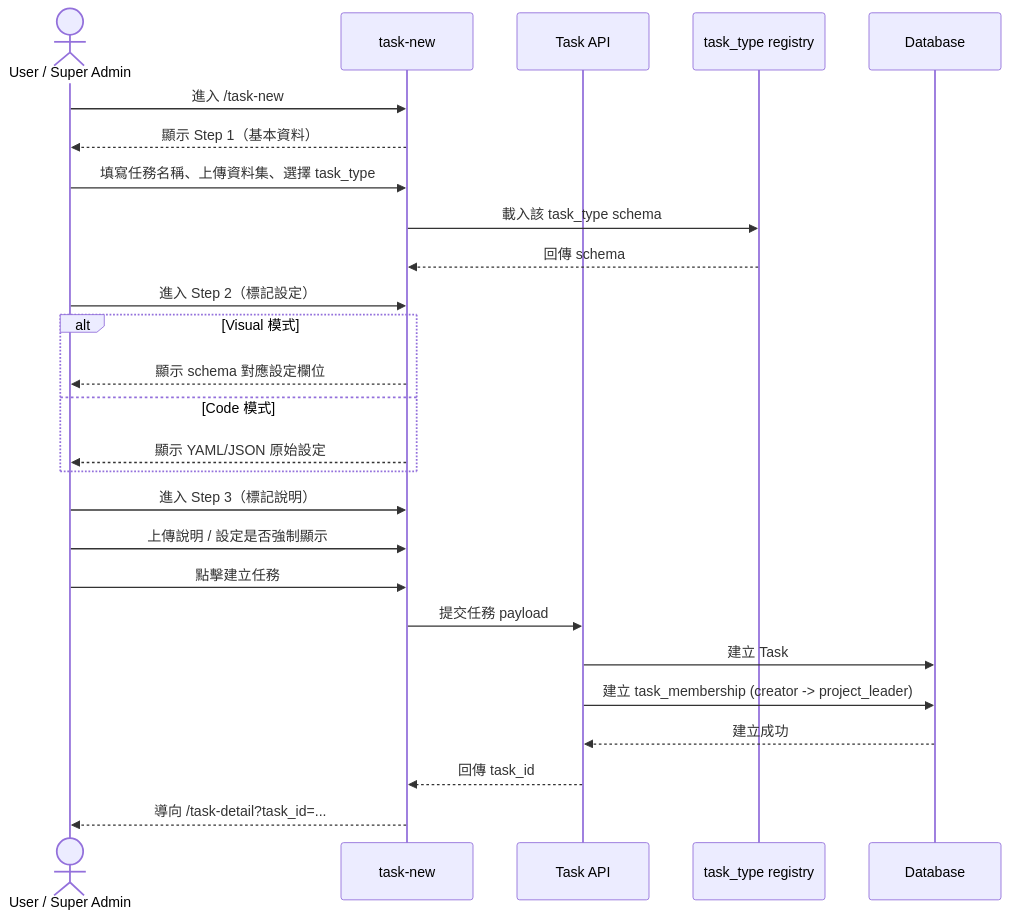
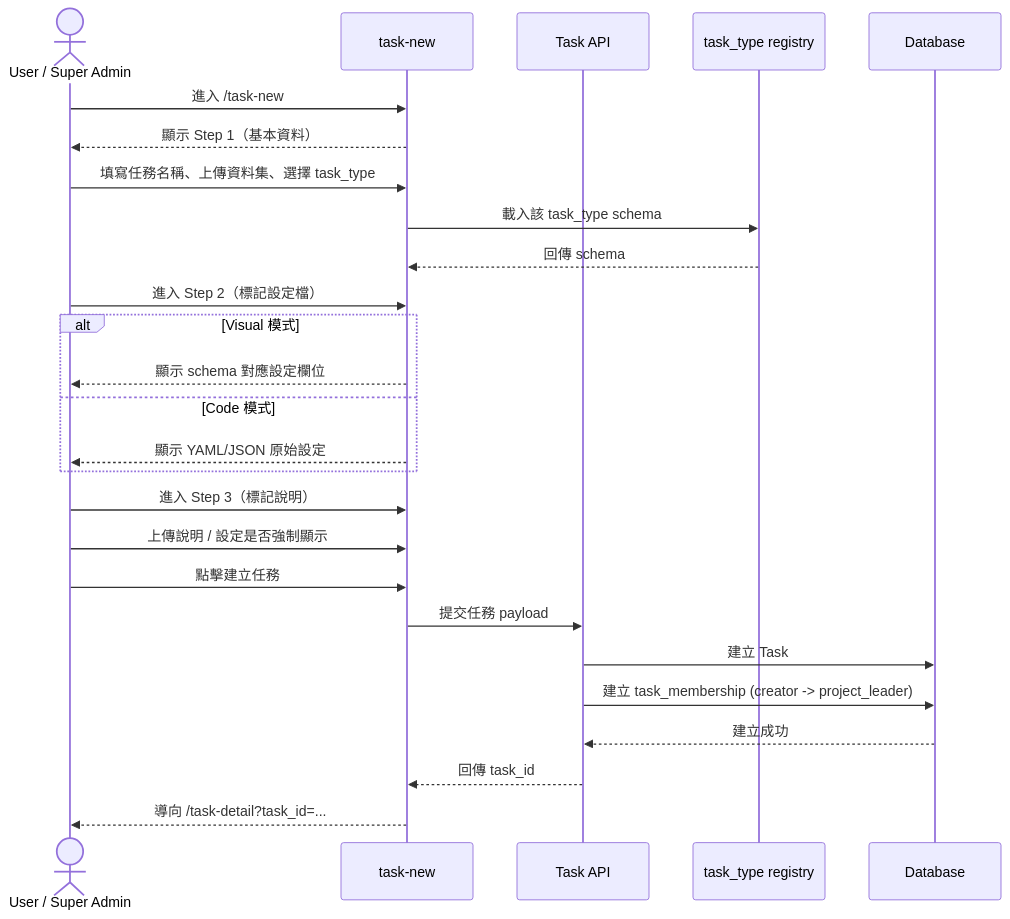
One commit to singyichen/label-suite changed the first of 2 diagrams in specs/task-management/013-task-new/spec.md. Above: the diagram before and after it, drawn with Mermaid. The commit also changed other lines of this file and 2 other files, not shown here.

````diff
--- a/specs/task-management/013-task-new/spec.md
+++ b/specs/task-management/013-task-new/spec.md
@@ -29,33 +29,33 @@
 ```mermaid
 sequenceDiagram
     actor U as User / Super Admin
     participant UI as task-new
     participant API as Task API
     participant Registry as task_type registry
     participant DB as Database
 
     U->>UI: 進入 /task-new
     UI-->>U: 顯示 Step 1（基本資料）
 
     U->>UI: 填寫任務名稱、上傳資料集、選擇 task_type
     UI->>Registry: 載入該 task_type schema
     Registry-->>UI: 回傳 schema
 
-    U->>UI: 進入 Step 2（標記設定）
+    U->>UI: 進入 Step 2（標記設定檔）
     alt Visual 模式
         UI-->>U: 顯示 schema 對應設定欄位
     else Code 模式
         UI-->>U: 顯示 YAML/JSON 原始設定
     end
 
     U->>UI: 進入 Step 3（標記說明）
     U->>UI: 上傳說明 / 設定是否強制顯示
 
     U->>UI: 點擊建立任務
     UI->>API: 提交任務 payload
     API->>DB: 建立 Task
     API->>DB: 建立 task_membership (creator -> project_leader)
     DB-->>API: 建立成功
     API-->>UI: 回傳 task_id
     UI-->>U: 導向 /task-detail?task_id=...
 ```
````
